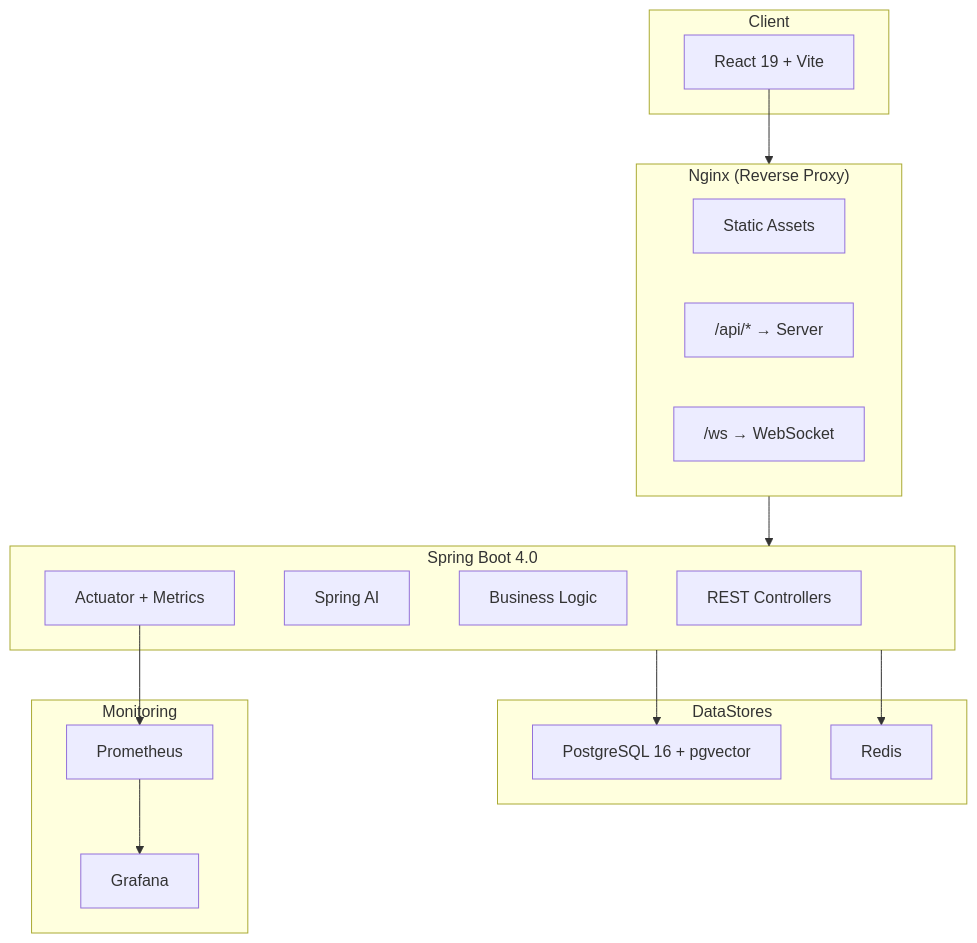
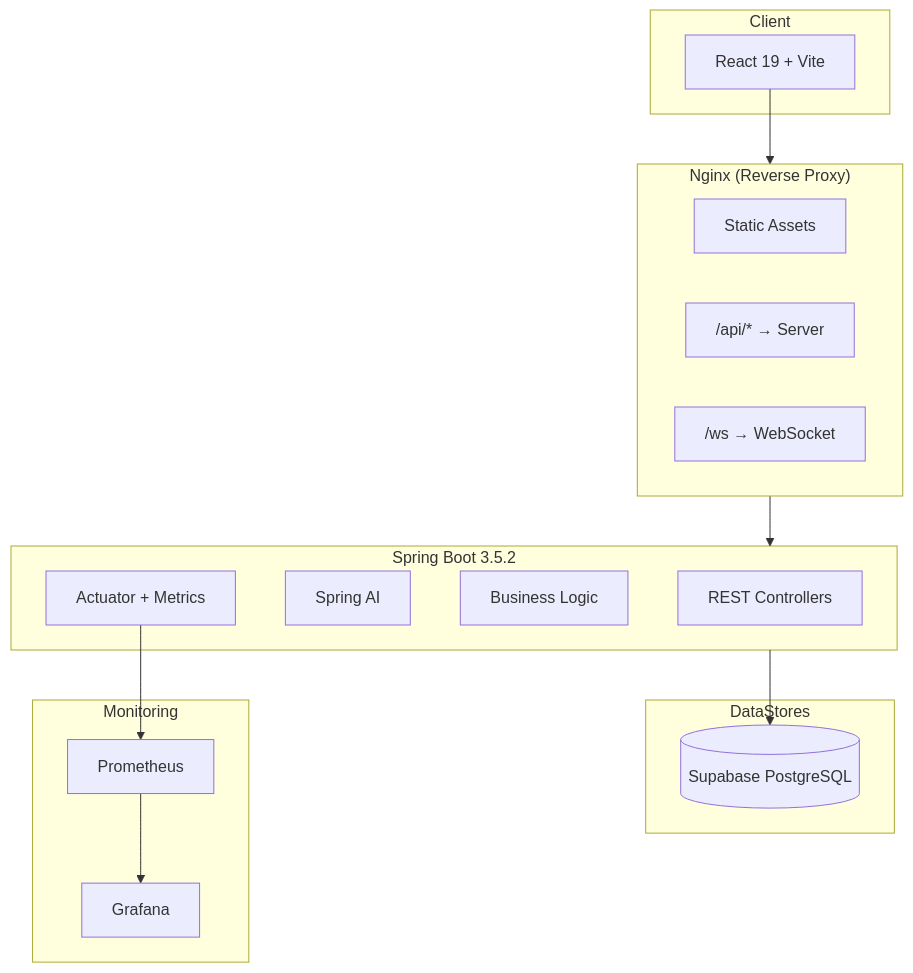
Before and after one commit to bhargava562/Chakro-AI-VBDP: the diagram in docs/architecture.md, drawn with Mermaid. The commit also changed other lines of this file and 7 other files, not shown here.

````diff
--- a/docs/architecture.md
+++ b/docs/architecture.md
@@ -7,36 +7,34 @@
 ```mermaid
 graph TB
     subgraph Client
         React["React 19 + Vite"]
     end
 
     subgraph Nginx["Nginx (Reverse Proxy)"]
         Static["Static Assets"]
         Proxy["/api/* → Server"]
         WS["/ws → WebSocket"]
     end
 
-    subgraph Server["Spring Boot 4.0"]
+    subgraph Server["Spring Boot 3.5.2"]
         Controllers["REST Controllers"]
         AI["Spring AI"]
         Services["Business Logic"]
         Actuator["Actuator + Metrics"]
     end
 
     subgraph DataStores
-        PG["PostgreSQL 16 + pgvector"]
-        Redis["Redis"]
+        DB[(Supabase PostgreSQL)]
     end
 
     subgraph Monitoring
         Prometheus["Prometheus"]
         Grafana["Grafana"]
     end
 
     React --> Nginx
     Nginx --> Server
-    Server --> PG
-    Server --> Redis
+    Server --> DB
     Actuator --> Prometheus
     Prometheus --> Grafana
 ```
````
